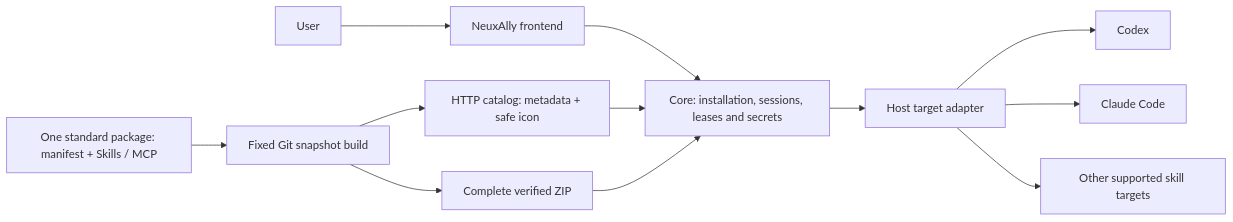
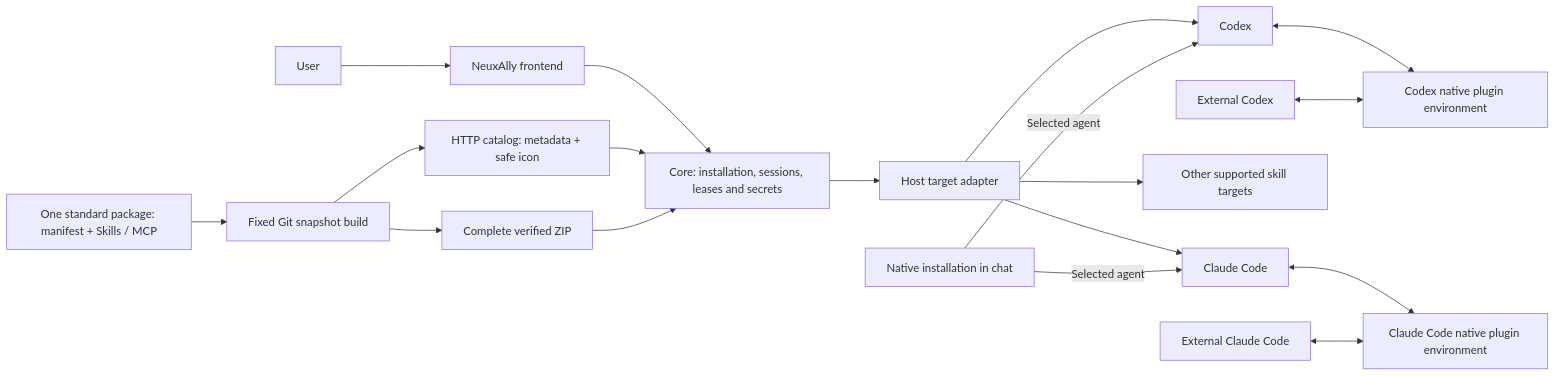
The first of 2 diagrams in README.md (JieWaZi/NeuAally-Plugins), drawn with Mermaid before and after one commit. The commit also changed other lines of this file and 3 other files, not shown here.

````diff
--- a/README.md
+++ b/README.md
@@ -26,14 +26,20 @@
 ```mermaid
 flowchart LR
   Package[One standard package: manifest + Skills / MCP] --> Build[Fixed Git snapshot build]
   Build --> Catalog[HTTP catalog: metadata + safe icon]
   Build --> ZIP[Complete verified ZIP]
   User[User] --> UI[NeuxAlly frontend]
   UI --> Core[Core: installation, sessions, leases and secrets]
   Catalog --> Core
   ZIP --> Core
   Core --> Adapter[Host target adapter]
   Adapter --> Codex[Codex]
   Adapter --> Claude[Claude Code]
   Adapter --> Skills[Other supported skill targets]
+  Chat[Native installation in chat] -->|Selected agent| Codex
+  Chat -->|Selected agent| Claude
+  Codex <--> CodexHome[Codex native plugin environment]
+  ExternalCodex[External Codex] <--> CodexHome
+  Claude <--> ClaudeHome[Claude Code native plugin environment]
+  ExternalClaude[External Claude Code] <--> ClaudeHome
 ```
````
